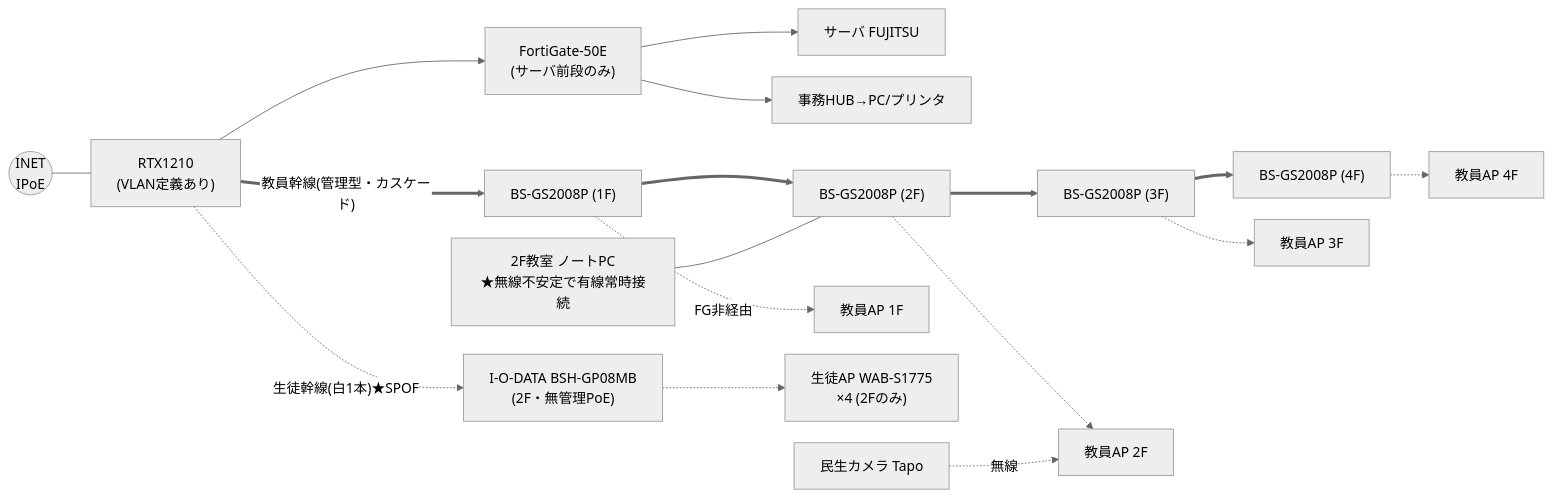
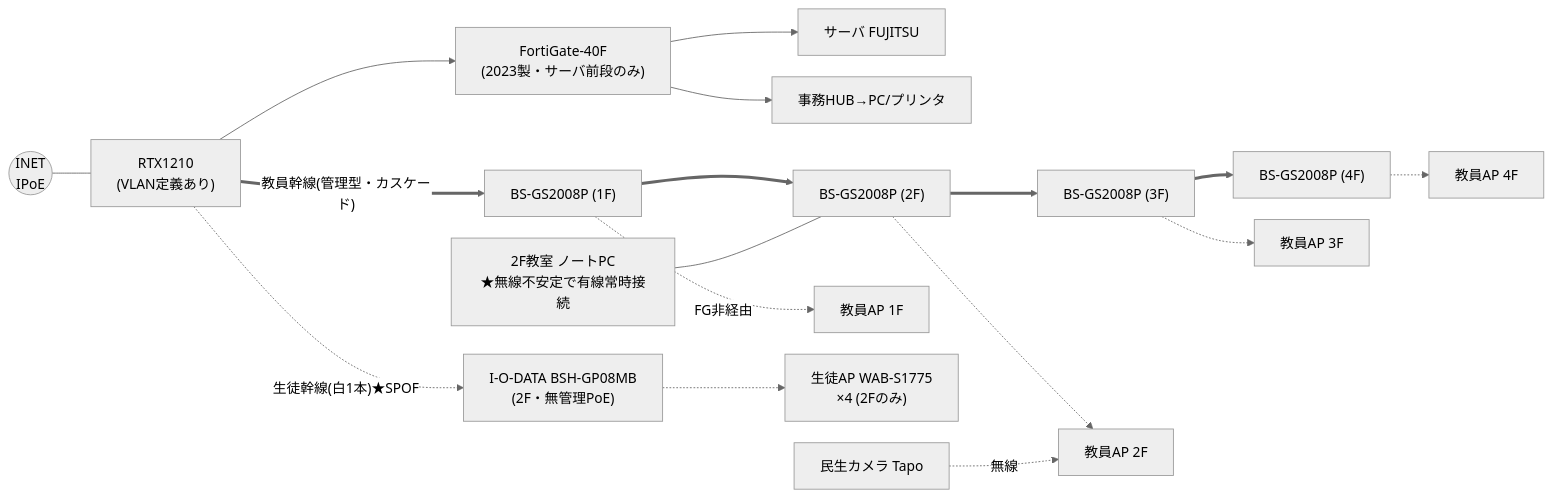
One commit to zva06206-shimizu/yss_secretary changed the third of 5 diagrams in work/nagoya-keiei-kaikei/03_documents/20260625_現状調査報告書_名古屋経営会計専門学校.md. Above: the diagram before and after it, drawn with Mermaid (neutral theme). The commit also changed other lines of this file and 2 other files, not shown here.

Commit message:
重要訂正: FortiGate機種=2・6号館50E(EOS)/5号館40F(2023製・現行)。全棟50E/EOSの誤りを修正・UTM方針を棟別(50E更新必須/40F活用可)に・報告書/たたき台/existing-summary整合

````diff
--- a/work/nagoya-keiei-kaikei/03_documents/20260625_現状調査報告書_名古屋経営会計専門学校.md
+++ b/work/nagoya-keiei-kaikei/03_documents/20260625_現状調査報告書_名古屋経営会計専門学校.md
@@ -122,20 +122,20 @@
 ```mermaid
 %%{init: {'flowchart': {'nodeSpacing': 25, 'rankSpacing': 45}} }%%
 flowchart LR
     INET((INET<br/>IPoE)) --- RT["RTX1210<br/>(VLAN定義あり)"]
-    RT --> FG["FortiGate-50E<br/>(サーバ前段のみ)"]
+    RT --> FG["FortiGate-40F<br/>(2023製・サーバ前段のみ)"]
     FG --> SV["サーバ FUJITSU"]
     FG --> PR["事務HUB→PC/プリンタ"]
     RT ==>|"教員幹線(管理型・カスケード)"| S1["BS-GS2008P (1F)"]
     S1 ==> S2["BS-GS2008P (2F)"]
     S2 ==> S3["BS-GS2008P (3F)"]
     S3 ==> S4["BS-GS2008P (4F)"]
     S1 -.->|FG非経由| AP1["教員AP 1F"]
     S2 -.-> AP2["教員AP 2F"]
     S3 -.-> AP3["教員AP 3F"]
     S4 -.-> AP4["教員AP 4F"]
     RT -.->|"生徒幹線(白1本)★SPOF"| NG["I-O-DATA BSH-GP08MB<br/>(2F・無管理PoE)"]
     NG -.-> APs["生徒AP WAB-S1775<br/>×4 (2Fのみ)"]
     PC["2F教室 ノートPC<br/>★無線不安定で有線常時接続"] --- S2
     CAM["民生カメラ Tapo"] -. 無線 .-> AP2
 ```
````
